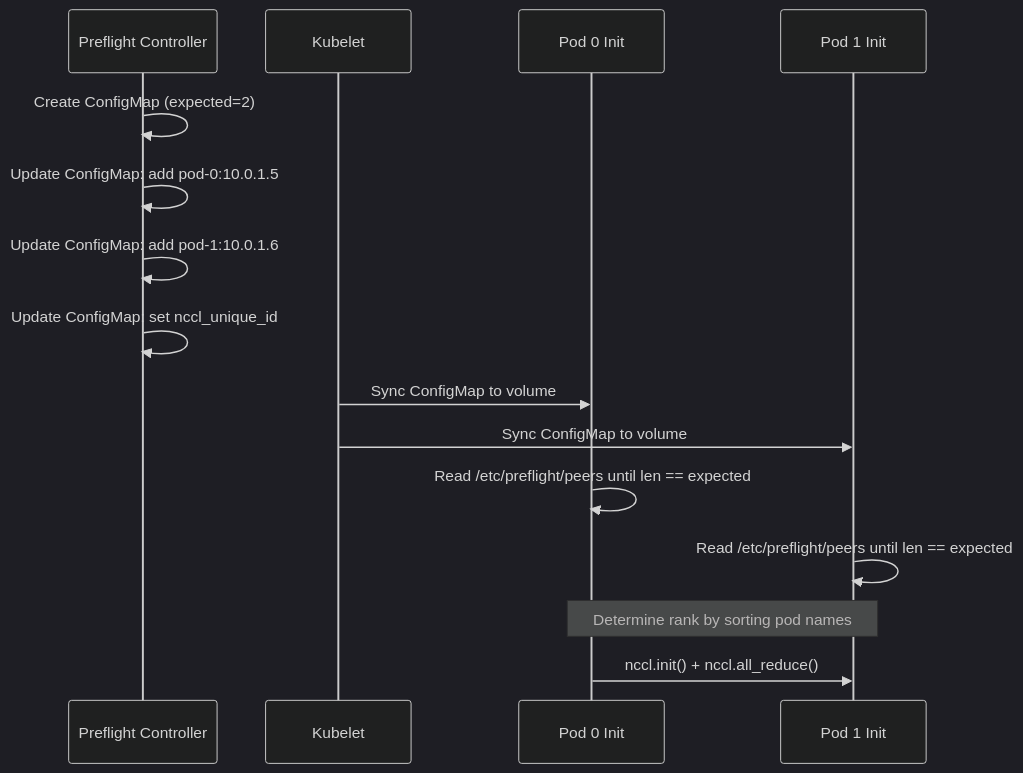
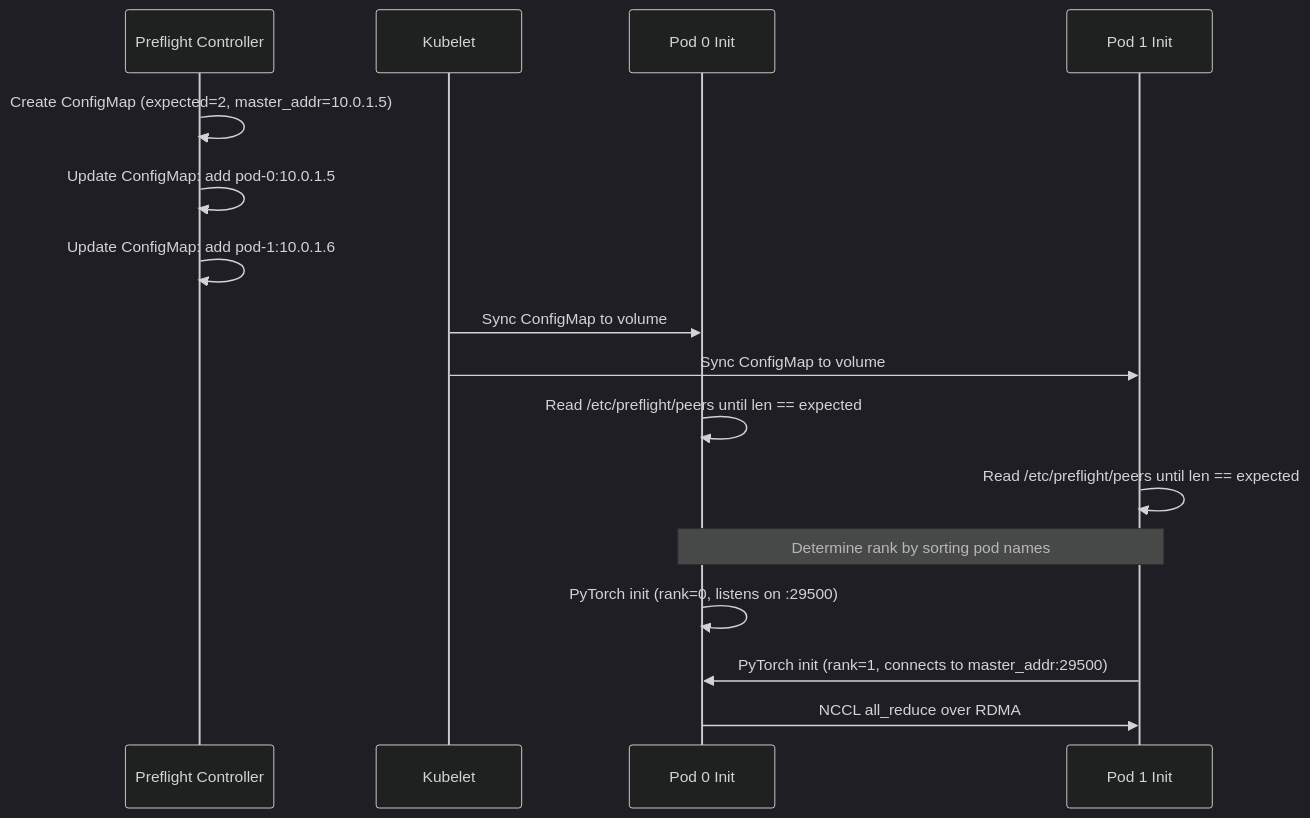
One commit to XRFXLP/NVSentinel changed the second of 2 diagrams in docs/designs/026-preflight-checks.md. Above: the diagram before and after it, drawn with Mermaid (dark theme). The commit also changed other lines of this file, not shown here.

````diff
--- a/docs/designs/026-preflight-checks.md
+++ b/docs/designs/026-preflight-checks.md
@@ -319,22 +335,23 @@
 ```mermaid
 sequenceDiagram
     participant C as Preflight Controller
     participant K as Kubelet
     participant P0 as Pod 0 Init
     participant P1 as Pod 1 Init
 
-    C->>C: Create ConfigMap (expected=2)
+    C->>C: Create ConfigMap (expected=2, master_addr=10.0.1.5)
     C->>C: Update ConfigMap: add pod-0:10.0.1.5
     C->>C: Update ConfigMap: add pod-1:10.0.1.6
-    C->>C: Update ConfigMap: set nccl_unique_id
 
     K->>P0: Sync ConfigMap to volume
     K->>P1: Sync ConfigMap to volume
 
     P0->>P0: Read /etc/preflight/peers until len == expected
     P1->>P1: Read /etc/preflight/peers until len == expected
 
     Note over P0,P1: Determine rank by sorting pod names
 
-    P0->>P1: nccl.init() + nccl.all_reduce()
+    P0->>P0: PyTorch init (rank=0, listens on :29500)
+    P1->>P0: PyTorch init (rank=1, connects to master_addr:29500)
+    P0->>P1: NCCL all_reduce over RDMA
 ```
````
